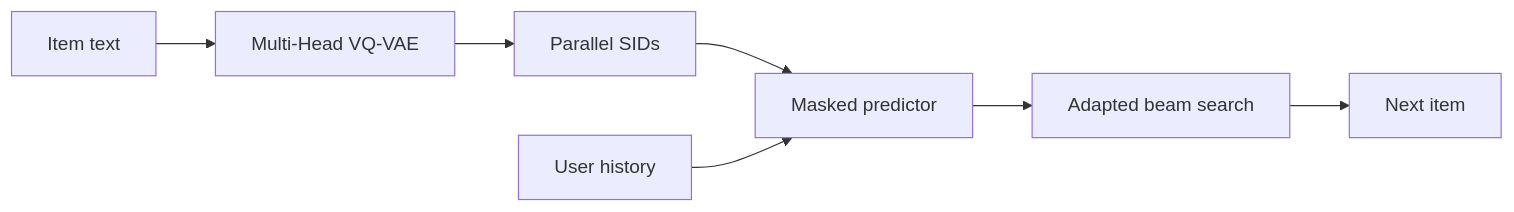
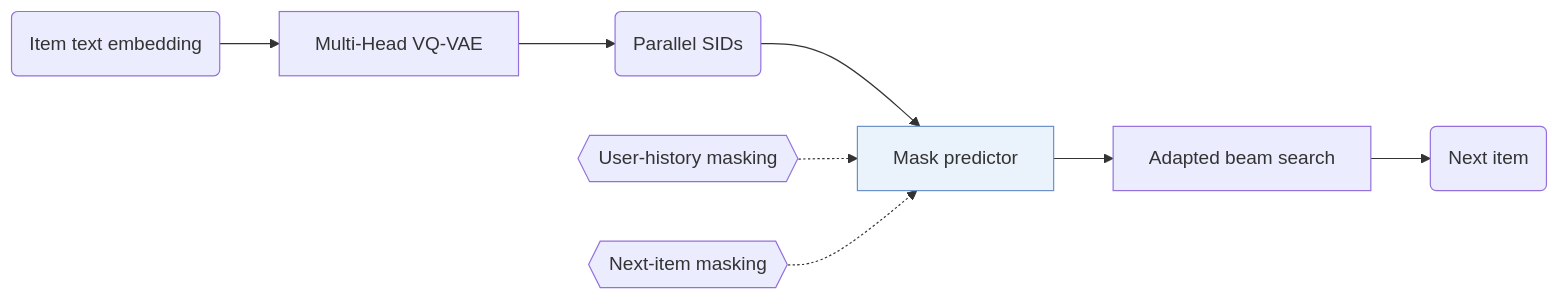
The first of 2 diagrams in notes/llada-rec.md (Galaxy-ghost/Awesome-SID-Generative-Rec), drawn with Mermaid before and after one commit. The commit also changed other lines of this file and 521 other files, not shown here.

Commit message:
writer-04 part 3: algorithm diagrams with shared shape conventions, README hero and paper cards, archive removed

````diff
--- a/notes/llada-rec.md
+++ b/notes/llada-rec.md
@@ -13,9 +13,11 @@
 ```mermaid
 flowchart LR
-    A[Item text] --> B[Multi-Head VQ-VAE]
-    B --> C[Parallel SIDs]
-    C --> D[Masked predictor]
-    E[User history] --> D
-    D --> F[Adapted beam search]
-    F --> G[Next item]
+    A("Item text embedding") --> B["Multi-Head VQ-VAE"]
+    B --> C("Parallel SIDs")
+    C --> D["Mask predictor"]:::key
+    L1{{"User-history masking"}} -.-> D
+    L2{{"Next-item masking"}} -.-> D
+    D --> E["Adapted beam search"]
+    E --> F("Next item")
+    classDef key fill:#eaf2fb,stroke:#6b8fc7
 ```
````
